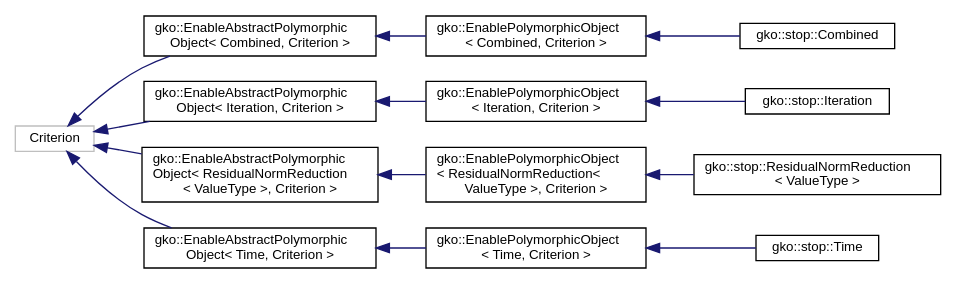
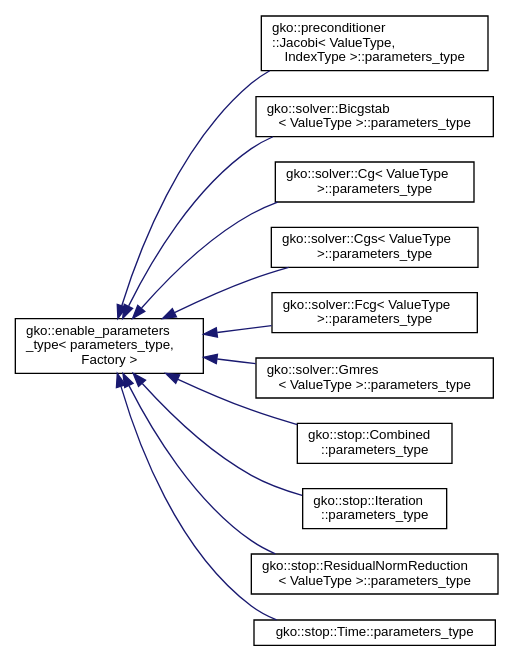
Before and after one commit to ginkgo-project/ginkgo: the diagram in doc/develop/inherit_graph_50.dot, drawn with Graphviz. The commit also changed 167 other files, not shown here.

```diff
--- a/doc/develop/inherit_graph_50.dot
+++ b/doc/develop/inherit_graph_50.dot
@@ -1,32 +1,28 @@
 digraph "Graphical Class Hierarchy"
 {
  // INTERACTIVE_SVG=YES
   edge [fontname="Helvetica",fontsize="10",labelfontname="Helvetica",labelfontsize="10"];
   node [fontname="Helvetica",fontsize="10",shape=record];
   rankdir="LR";
-  Node1 [label="Criterion",height=0.2,width=0.4,color="grey75", fillcolor="white", style="filled"];
+  Node1 [label="gko::enable_parameters\l_type\< parameters_type,\l Factory \>",height=0.2,width=0.4,color="black", fillcolor="white", style="filled",URL="$structgko_1_1enable__parameters__type.html"];
   Node1 -> Node2 [dir="back",color="midnightblue",fontsize="10",style="solid",fontname="Helvetica"];
-  Node2 [label="gko::EnableAbstractPolymorphic\lObject\< Combined, Criterion \>",height=0.2,width=0.4,color="black", fillcolor="white", style="filled",URL="$classgko_1_1EnableAbstractPolymorphicObject.html"];
-  Node2 -> Node3 [dir="back",color="midnightblue",fontsize="10",style="solid",fontname="Helvetica"];
-  Node3 [label="gko::EnablePolymorphicObject\l\< Combined, Criterion \>",height=0.2,width=0.4,color="black", fillcolor="white", style="filled",URL="$classgko_1_1EnablePolymorphicObject.html"];
-  Node3 -> Node4 [dir="back",color="midnightblue",fontsize="10",style="solid",fontname="Helvetica"];
-  Node4 [label="gko::stop::Combined",height=0.2,width=0.4,color="black", fillcolor="white", style="filled",URL="$classgko_1_1stop_1_1Combined.html",tooltip="The Combined class is used to combine multiple criterions together through an OR operation. "];
+  Node2 [label="gko::preconditioner\l::Jacobi\< ValueType,\l IndexType \>::parameters_type",height=0.2,width=0.4,color="black", fillcolor="white", style="filled",URL="$structgko_1_1preconditioner_1_1Jacobi_1_1parameters__type.html"];
+  Node1 -> Node3 [dir="back",color="midnightblue",fontsize="10",style="solid",fontname="Helvetica"];
+  Node3 [label="gko::solver::Bicgstab\l\< ValueType \>::parameters_type",height=0.2,width=0.4,color="black", fillcolor="white", style="filled",URL="$structgko_1_1solver_1_1Bicgstab_1_1parameters__type.html"];
+  Node1 -> Node4 [dir="back",color="midnightblue",fontsize="10",style="solid",fontname="Helvetica"];
+  Node4 [label="gko::solver::Cg\< ValueType\l \>::parameters_type",height=0.2,width=0.4,color="black", fillcolor="white", style="filled",URL="$structgko_1_1solver_1_1Cg_1_1parameters__type.html"];
   Node1 -> Node5 [dir="back",color="midnightblue",fontsize="10",style="solid",fontname="Helvetica"];
-  Node5 [label="gko::EnableAbstractPolymorphic\lObject\< Iteration, Criterion \>",height=0.2,width=0.4,color="black", fillcolor="white", style="filled",URL="$classgko_1_1EnableAbstractPolymorphicObject.html"];
-  Node5 -> Node6 [dir="back",color="midnightblue",fontsize="10",style="solid",fontname="Helvetica"];
-  Node6 [label="gko::EnablePolymorphicObject\l\< Iteration, Criterion \>",height=0.2,width=0.4,color="black", fillcolor="white", style="filled",URL="$classgko_1_1EnablePolymorphicObject.html"];
-  Node6 -> Node7 [dir="back",color="midnightblue",fontsize="10",style="solid",fontname="Helvetica"];
-  Node7 [label="gko::stop::Iteration",height=0.2,width=0.4,color="black", fillcolor="white", style="filled",URL="$classgko_1_1stop_1_1Iteration.html",tooltip="The Iteration class is a stopping criterion which stops the iteration process after a preset number o..."];
+  Node5 [label="gko::solver::Cgs\< ValueType\l \>::parameters_type",height=0.2,width=0.4,color="black", fillcolor="white", style="filled",URL="$structgko_1_1solver_1_1Cgs_1_1parameters__type.html"];
+  Node1 -> Node6 [dir="back",color="midnightblue",fontsize="10",style="solid",fontname="Helvetica"];
+  Node6 [label="gko::solver::Fcg\< ValueType\l \>::parameters_type",height=0.2,width=0.4,color="black", fillcolor="white", style="filled",URL="$structgko_1_1solver_1_1Fcg_1_1parameters__type.html"];
+  Node1 -> Node7 [dir="back",color="midnightblue",fontsize="10",style="solid",fontname="Helvetica"];
+  Node7 [label="gko::solver::Gmres\l\< ValueType \>::parameters_type",height=0.2,width=0.4,color="black", fillcolor="white", style="filled",URL="$structgko_1_1solver_1_1Gmres_1_1parameters__type.html"];
   Node1 -> Node8 [dir="back",color="midnightblue",fontsize="10",style="solid",fontname="Helvetica"];
-  Node8 [label="gko::EnableAbstractPolymorphic\lObject\< ResidualNormReduction\l\< ValueType \>, Criterion \>",height=0.2,width=0.4,color="black", fillcolor="white", style="filled",URL="$classgko_1_1EnableAbstractPolymorphicObject.html"];
-  Node8 -> Node9 [dir="back",color="midnightblue",fontsize="10",style="solid",fontname="Helvetica"];
-  Node9 [label="gko::EnablePolymorphicObject\l\< ResidualNormReduction\<\l ValueType \>, Criterion \>",height=0.2,width=0.4,color="black", fillcolor="white", style="filled",URL="$classgko_1_1EnablePolymorphicObject.html"];
-  Node9 -> Node10 [dir="back",color="midnightblue",fontsize="10",style="solid",fontname="Helvetica"];
-  Node10 [label="gko::stop::ResidualNormReduction\l\< ValueType \>",height=0.2,width=0.4,color="black", fillcolor="white", style="filled",URL="$classgko_1_1stop_1_1ResidualNormReduction.html",tooltip="The ResidualNormReduction class is a stopping criterion which stops the iteration process when the re..."];
+  Node8 [label="gko::stop::Combined\l::parameters_type",height=0.2,width=0.4,color="black", fillcolor="white", style="filled",URL="$structgko_1_1stop_1_1Combined_1_1parameters__type.html"];
+  Node1 -> Node9 [dir="back",color="midnightblue",fontsize="10",style="solid",fontname="Helvetica"];
+  Node9 [label="gko::stop::Iteration\l::parameters_type",height=0.2,width=0.4,color="black", fillcolor="white", style="filled",URL="$structgko_1_1stop_1_1Iteration_1_1parameters__type.html"];
+  Node1 -> Node10 [dir="back",color="midnightblue",fontsize="10",style="solid",fontname="Helvetica"];
+  Node10 [label="gko::stop::ResidualNormReduction\l\< ValueType \>::parameters_type",height=0.2,width=0.4,color="black", fillcolor="white", style="filled",URL="$structgko_1_1stop_1_1ResidualNormReduction_1_1parameters__type.html"];
   Node1 -> Node11 [dir="back",color="midnightblue",fontsize="10",style="solid",fontname="Helvetica"];
-  Node11 [label="gko::EnableAbstractPolymorphic\lObject\< Time, Criterion \>",height=0.2,width=0.4,color="black", fillcolor="white", style="filled",URL="$classgko_1_1EnableAbstractPolymorphicObject.html"];
-  Node11 -> Node12 [dir="back",color="midnightblue",fontsize="10",style="solid",fontname="Helvetica"];
-  Node12 [label="gko::EnablePolymorphicObject\l\< Time, Criterion \>",height=0.2,width=0.4,color="black", fillcolor="white", style="filled",URL="$classgko_1_1EnablePolymorphicObject.html"];
-  Node12 -> Node13 [dir="back",color="midnightblue",fontsize="10",style="solid",fontname="Helvetica"];
-  Node13 [label="gko::stop::Time",height=0.2,width=0.4,color="black", fillcolor="white", style="filled",URL="$classgko_1_1stop_1_1Time.html",tooltip="The Time class is a stopping criterion which stops the iteration process after a certain amout of tim..."];
+  Node11 [label="gko::stop::Time::parameters_type",height=0.2,width=0.4,color="black", fillcolor="white", style="filled",URL="$structgko_1_1stop_1_1Time_1_1parameters__type.html"];
 }
```
